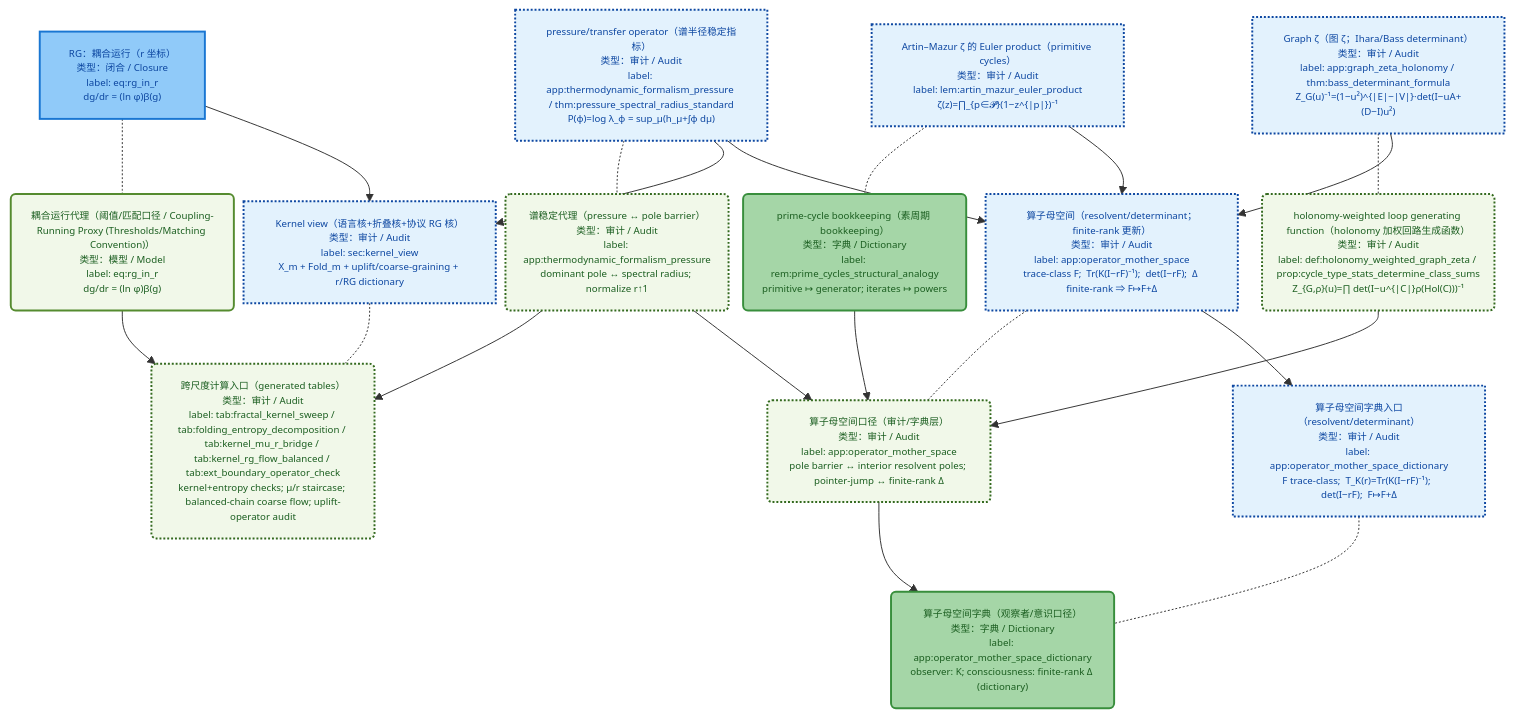
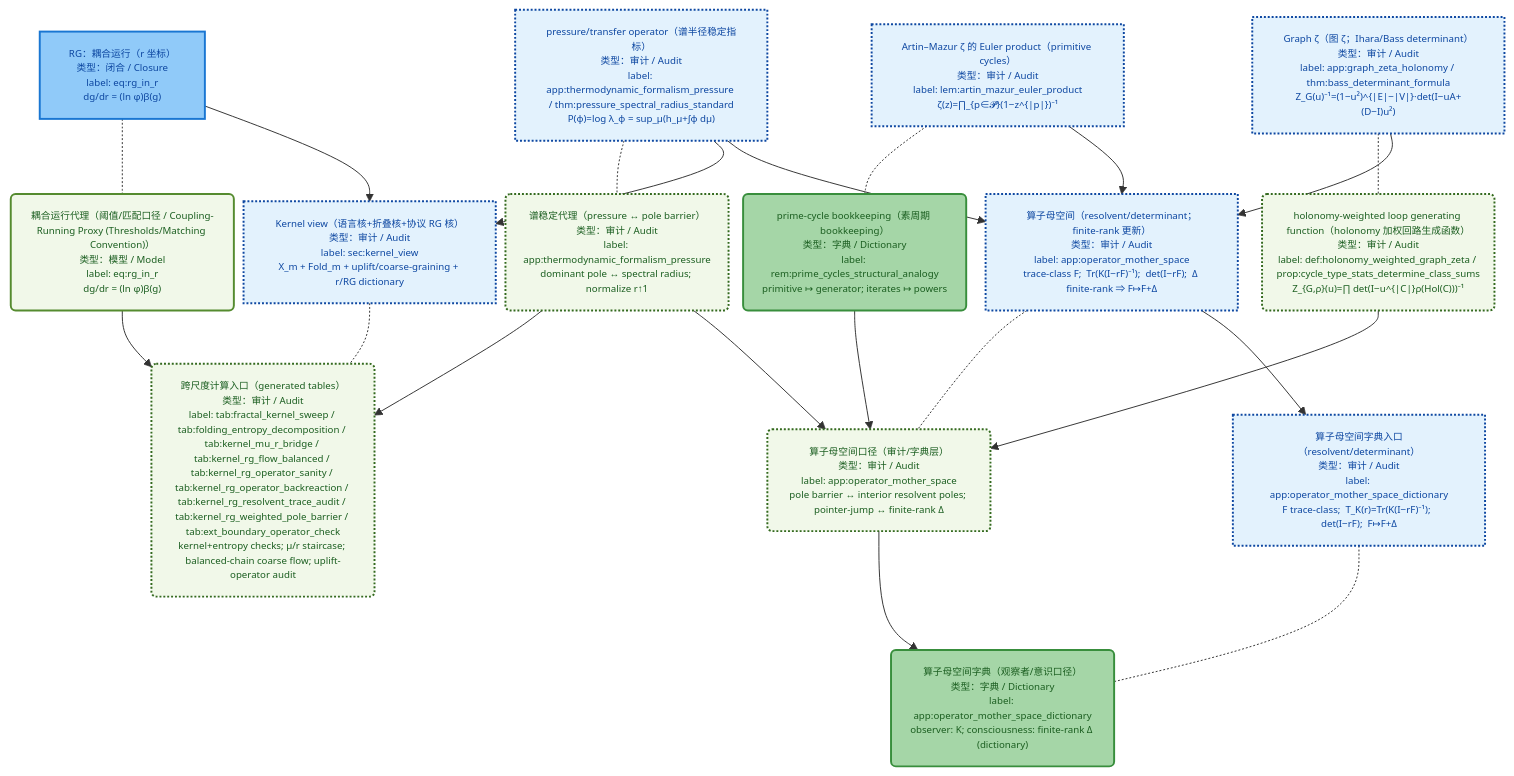
One commit to loning/the-omega changed the ninth of 12 diagrams in docs/papers/2025_z128_standard_model_stable_sector_hpa_omega/architecture_dag.md. Above: the diagram before and after it, drawn with Mermaid. The commit also changed other lines of this file and 23 other files, not shown here.

````diff
--- a/docs/papers/2025_z128_standard_model_stable_sector_hpa_omega/architecture_dag.md
+++ b/docs/papers/2025_z128_standard_model_stable_sector_hpa_omega/architecture_dag.md
@@ -1117,76 +1117,76 @@
 ```mermaid
 %%{init: {"maxTextSize": 100000, "flowchart": {"useMaxWidth": false, "nodeSpacing": 10, "rankSpacing": 55}, "themeVariables": {"fontSize": "10px"}}}%%
 flowchart TB
 
   %% === Core hubs ===
   M_kernel_view["Kernel view（语言核+折叠核+协议 RG 核）<br/>类型：审计 / Audit<br/>label: sec:kernel_view<br/>X_m + Fold_m + uplift/coarse-graining + r/RG dictionary"]
-  P_kernel_view("跨尺度计算入口（generated tables）<br/>类型：审计 / Audit<br/>label: tab:fractal_kernel_sweep / tab:folding_entropy_decomposition / tab:kernel_mu_r_bridge / tab:kernel_rg_flow_balanced / tab:ext_boundary_operator_check<br/>kernel+entropy checks; μ/r staircase; balanced-chain coarse flow; uplift-operator audit")
+  P_kernel_view("跨尺度计算入口（generated tables）<br/>类型：审计 / Audit<br/>label: tab:fractal_kernel_sweep / tab:folding_entropy_decomposition / tab:kernel_mu_r_bridge / tab:kernel_rg_flow_balanced / tab:kernel_rg_operator_sanity / tab:kernel_rg_operator_backreaction / tab:kernel_rg_resolvent_trace_audit / tab:kernel_rg_weighted_pole_barrier / tab:ext_boundary_operator_check<br/>kernel+entropy checks; μ/r staircase; balanced-chain coarse flow; uplift-operator audit")
   M_kernel_view -.- P_kernel_view
 
   M_operator_mother["算子母空间（resolvent/determinant；finite-rank 更新）<br/>类型：审计 / Audit<br/>label: app:operator_mother_space<br/>trace-class F;  Tr(K(I−rF)⁻¹);  det(I−rF);  Δ finite-rank ⇒ F↦F+Δ"]
   P_operator_mother("算子母空间口径（审计/字典层）<br/>类型：审计 / Audit<br/>label: app:operator_mother_space<br/>pole barrier ↔ interior resolvent poles; pointer-jump ↔ finite-rank Δ")
   M_operator_mother -.- P_operator_mother
 
   %% === Shared upstream bridge (minimal) ===
   M_pressure["pressure/transfer operator（谱半径稳定指标）<br/>类型：审计 / Audit<br/>label: app:thermodynamic_formalism_pressure / thm:pressure_spectral_radius_standard<br/>P(ϕ)=log λ_ϕ = sup_μ(h_μ+∫ϕ dμ)"]
   P_pressure("谱稳定代理（pressure ↔ pole barrier）<br/>类型：审计 / Audit<br/>label: app:thermodynamic_formalism_pressure<br/>dominant pole ↔ spectral radius; normalize r↑1")
   M_pressure -.- P_pressure
 
   M_rg["RG：耦合运行（r 坐标）<br/>类型：闭合 / Closure<br/>label: eq:rg_in_r<br/>dg/dr = (ln φ)β(g)"]
   P_rg("耦合运行代理（阈值/匹配口径 / Coupling-Running Proxy (Thresholds/Matching Convention)）<br/>类型：模型 / Model<br/>label: eq:rg_in_r<br/>dg/dr = (ln φ)β(g)")
   M_rg -.- P_rg
 
   M_am_euler["Artin–Mazur ζ 的 Euler product（primitive cycles）<br/>类型：审计 / Audit<br/>label: lem:artin_mazur_euler_product<br/>ζ(z)=∏_{p∈𝓟}(1−z^{|p|})⁻¹"]
   P_am_euler("prime-cycle bookkeeping（素周期 bookkeeping）<br/>类型：字典 / Dictionary<br/>label: rem:prime_cycles_structural_analogy<br/>primitive ↦ generator; iterates ↦ powers")
   M_am_euler -.- P_am_euler
 
   M_graphzeta["Graph ζ（图 ζ；Ihara/Bass determinant）<br/>类型：审计 / Audit<br/>label: app:graph_zeta_holonomy / thm:bass_determinant_formula<br/>Z_G(u)⁻¹=(1−u²)^{|E|−|V|}·det(I−uA+(D−I)u²)"]
   P_graphzeta("holonomy-weighted loop generating function（holonomy 加权回路生成函数）<br/>类型：审计 / Audit<br/>label: def:holonomy_weighted_graph_zeta / prop:cycle_type_stats_determine_class_sums<br/>Z_{G,ρ}(u)=∏ det(I−u^{|C|}ρ(Hol(C)))⁻¹")
   M_graphzeta -.- P_graphzeta
 
   %% === Wiring: pressure is the shared bridge; kernel view also consumes RG; mother space consumes prime-cycle/graph-ζ ===
   M_rg --> M_kernel_view
   P_rg --> P_kernel_view
 
   M_pressure --> M_kernel_view
   P_pressure --> P_kernel_view
 
   M_pressure --> M_operator_mother
   P_pressure --> P_operator_mother
 
   M_am_euler --> M_operator_mother
   P_am_euler --> P_operator_mother
 
   M_graphzeta --> M_operator_mother
   P_graphzeta --> P_operator_mother
 
   %% === Optional dictionary entry (kept compact): mother space viewpoint in equivalence semantics layer ===
   M_opMotherDict["算子母空间字典入口（resolvent/determinant）<br/>类型：审计 / Audit<br/>label: app:operator_mother_space_dictionary<br/>F trace-class;  T_K(r)=Tr(K(I−rF)⁻¹);  det(I−rF);  F↦F+Δ"]
   P_opMotherDict("算子母空间字典（观察者/意识口径）<br/>类型：字典 / Dictionary<br/>label: app:operator_mother_space_dictionary<br/>observer: K; consciousness: finite-rank Δ (dictionary)")
   M_opMotherDict -.- P_opMotherDict
 
   M_operator_mother --> M_opMotherDict
   P_operator_mother --> P_opMotherDict
 
   classDef iface fill:#FCE4EC,stroke:#D81B60,color:#880E4F,stroke-width:2px;
   classDef open_problem fill:#FFEBEE,stroke:#C62828,color:#B71C1C,stroke-width:2px,font-weight:700;
   classDef not_closed fill:#FFF3E0,stroke:#EF6C00,color:#E65100,stroke-width:2px;
   classDef scope_gap fill:#EEEEEE,stroke:#616161,color:#212121,stroke-width:2px,stroke-dasharray: 2 2;
   classDef math_axiom fill:#BBDEFB,stroke:#1565C0,color:#0D47A1,stroke-width:3px,font-weight:700;
   classDef math_construct fill:#E3F2FD,stroke:#1E88E5,color:#0D47A1,stroke-width:2px;
   classDef math_closure fill:#90CAF9,stroke:#1976D2,color:#0D47A1,stroke-width:2px;
   classDef math_cont fill:#E1F5FE,stroke:#039BE5,color:#01579B,stroke-width:2px;
   classDef math_assumption fill:#E3F2FD,stroke:#1E88E5,color:#0D47A1,stroke-width:2px,stroke-dasharray: 6 3;
   classDef math_audit fill:#E3F2FD,stroke:#0D47A1,color:#0D47A1,stroke-width:2px,stroke-dasharray: 2 2;
   classDef phys_proxy fill:#E8F5E9,stroke:#43A047,color:#1B5E20,stroke-width:2px;
   classDef phys_obs fill:#C8E6C9,stroke:#2E7D32,color:#1B5E20,stroke-width:2px,font-weight:700;
   classDef phys_dict fill:#A5D6A7,stroke:#388E3C,color:#1B5E20,stroke-width:2px;
   classDef phys_model fill:#F1F8E9,stroke:#558B2F,color:#1B5E20,stroke-width:2px;
   classDef phys_audit fill:#F1F8E9,stroke:#33691E,color:#1B5E20,stroke-width:2px,stroke-dasharray: 2 2;
 
   class M_kernel_view,M_operator_mother,M_opMotherDict,M_pressure,M_am_euler,M_graphzeta math_audit;
   class M_rg math_closure;
   class P_kernel_view,P_operator_mother,P_pressure,P_graphzeta phys_audit;
   class P_rg phys_model;
   class P_am_euler,P_opMotherDict phys_dict;
 ```
````
